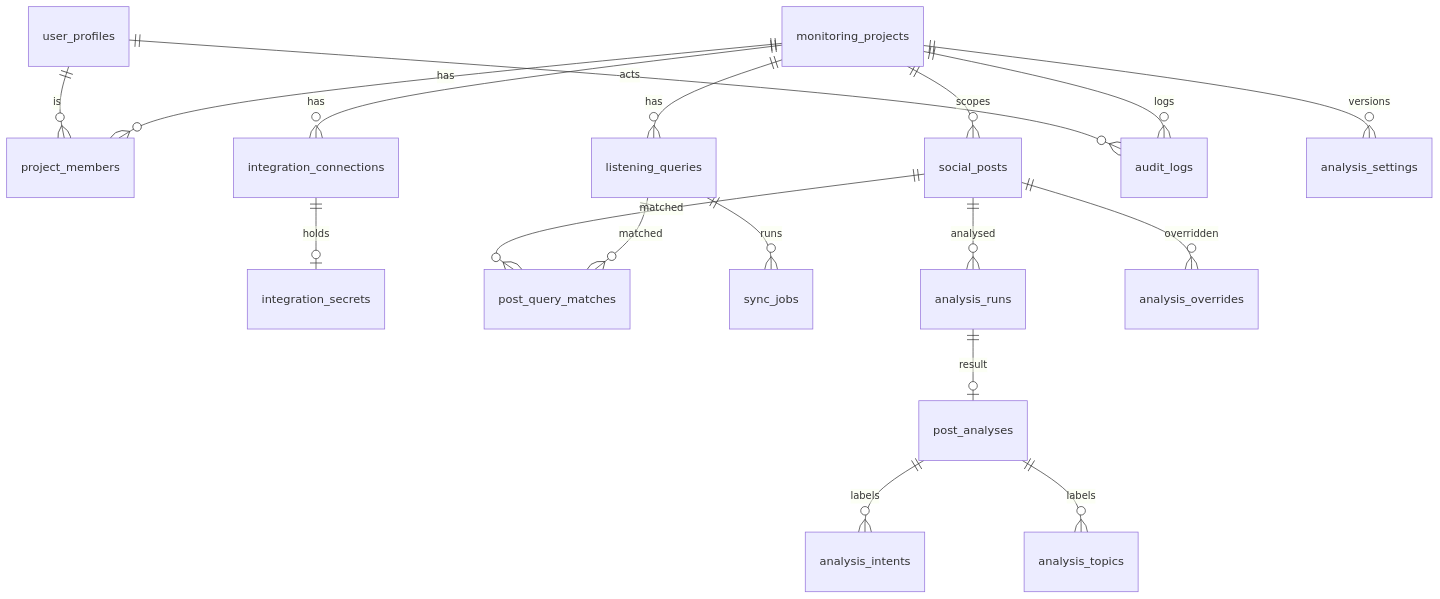
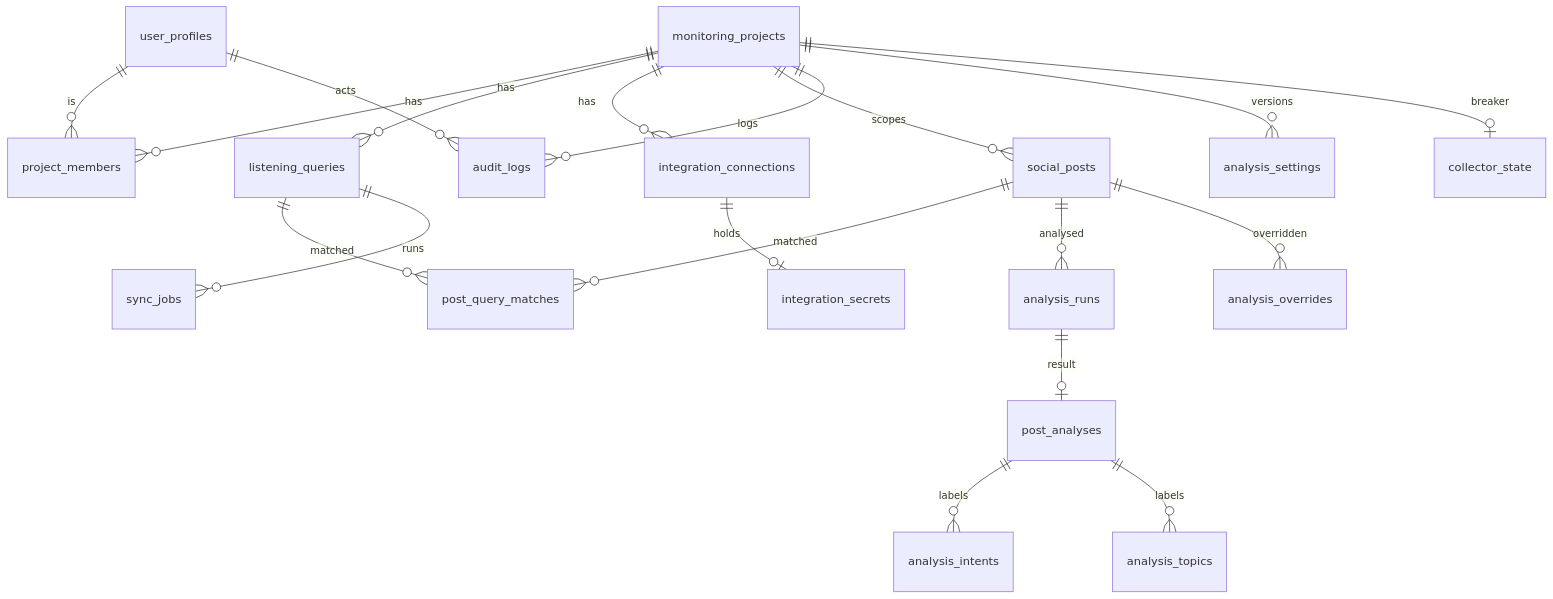
Before and after one commit to mryesss97/how-about-me: the diagram in docs/02-architecture/04-data-model.md, drawn with Mermaid. The commit also changed other lines of this file and 1 other file, not shown here.

First line of the commit message:
docs(db): align data model indexes with the schema

````diff
--- a/docs/02-architecture/04-data-model.md
+++ b/docs/02-architecture/04-data-model.md
@@ -16,20 +16,21 @@
 ```mermaid
 erDiagram
     monitoring_projects ||--o{ project_members : has
     user_profiles ||--o{ project_members : is
     monitoring_projects ||--o{ listening_queries : has
     monitoring_projects ||--o{ integration_connections : has
     integration_connections ||--o| integration_secrets : holds
     monitoring_projects ||--o{ social_posts : scopes
     listening_queries ||--o{ post_query_matches : matched
     social_posts ||--o{ post_query_matches : matched
     listening_queries ||--o{ sync_jobs : runs
     social_posts ||--o{ analysis_runs : analysed
     analysis_runs ||--o| post_analyses : result
     post_analyses ||--o{ analysis_intents : labels
     post_analyses ||--o{ analysis_topics : labels
     social_posts ||--o{ analysis_overrides : overridden
     monitoring_projects ||--o{ audit_logs : logs
     user_profiles ||--o{ audit_logs : acts
     monitoring_projects ||--o{ analysis_settings : versions
+    monitoring_projects ||--o| collector_state : breaker
 ```
````
